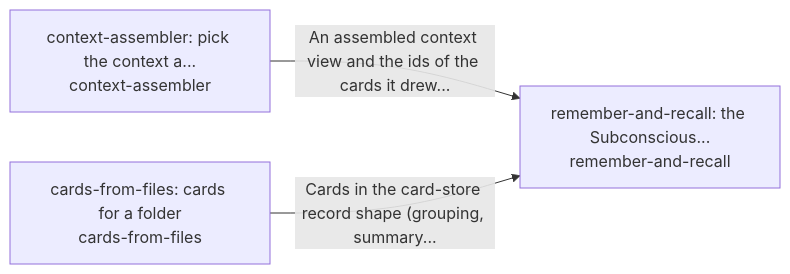
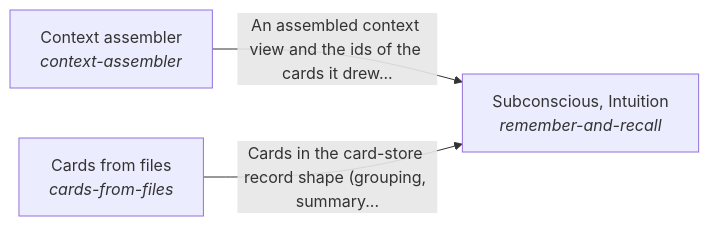
Before and after one commit to SpiritualData/ai-hub-of-hubs-structure: the diagram in hubofhubs/recall/README.md, drawn with Mermaid. The commit also changed other lines of this file and 32 other files, not shown here.

````diff
--- a/hubofhubs/recall/README.md
+++ b/hubofhubs/recall/README.md
@@ -36,8 +36,8 @@
 ```mermaid
 flowchart LR
-    s0["remember-and-recall: the Subconscious...<br/>remember-and-recall"]
-    s1["context-assembler: pick the context a...<br/>context-assembler"]
-    s2["cards-from-files: cards for a folder<br/>cards-from-files"]
+    s0["Subconscious, Intuition<br/><i>remember-and-recall</i>"]
+    s1["Context assembler<br/><i>context-assembler</i>"]
+    s2["Cards from files<br/><i>cards-from-files</i>"]
     s1 -->|"An assembled context view and the ids of the cards it drew..."| s0
     s2 -->|"Cards in the card-store record shape (grouping, summary..."| s0
 ```
````
